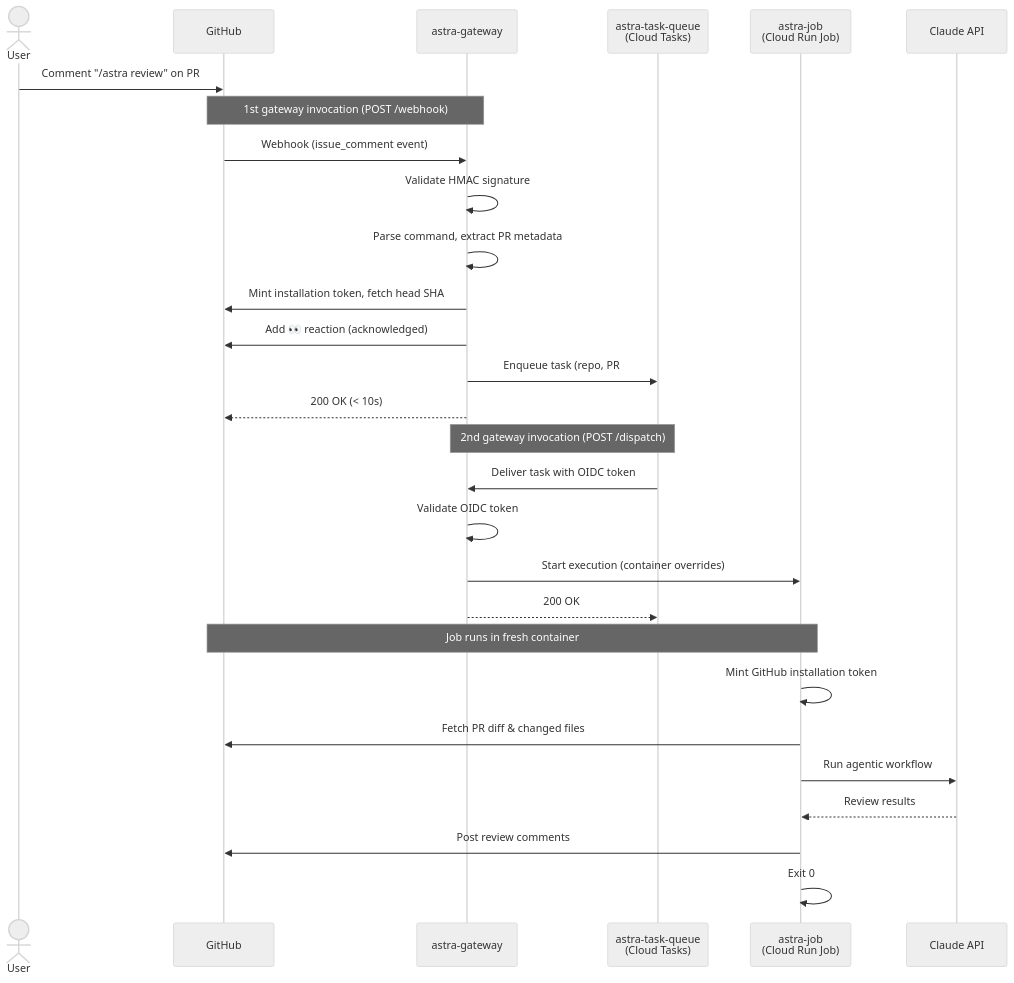
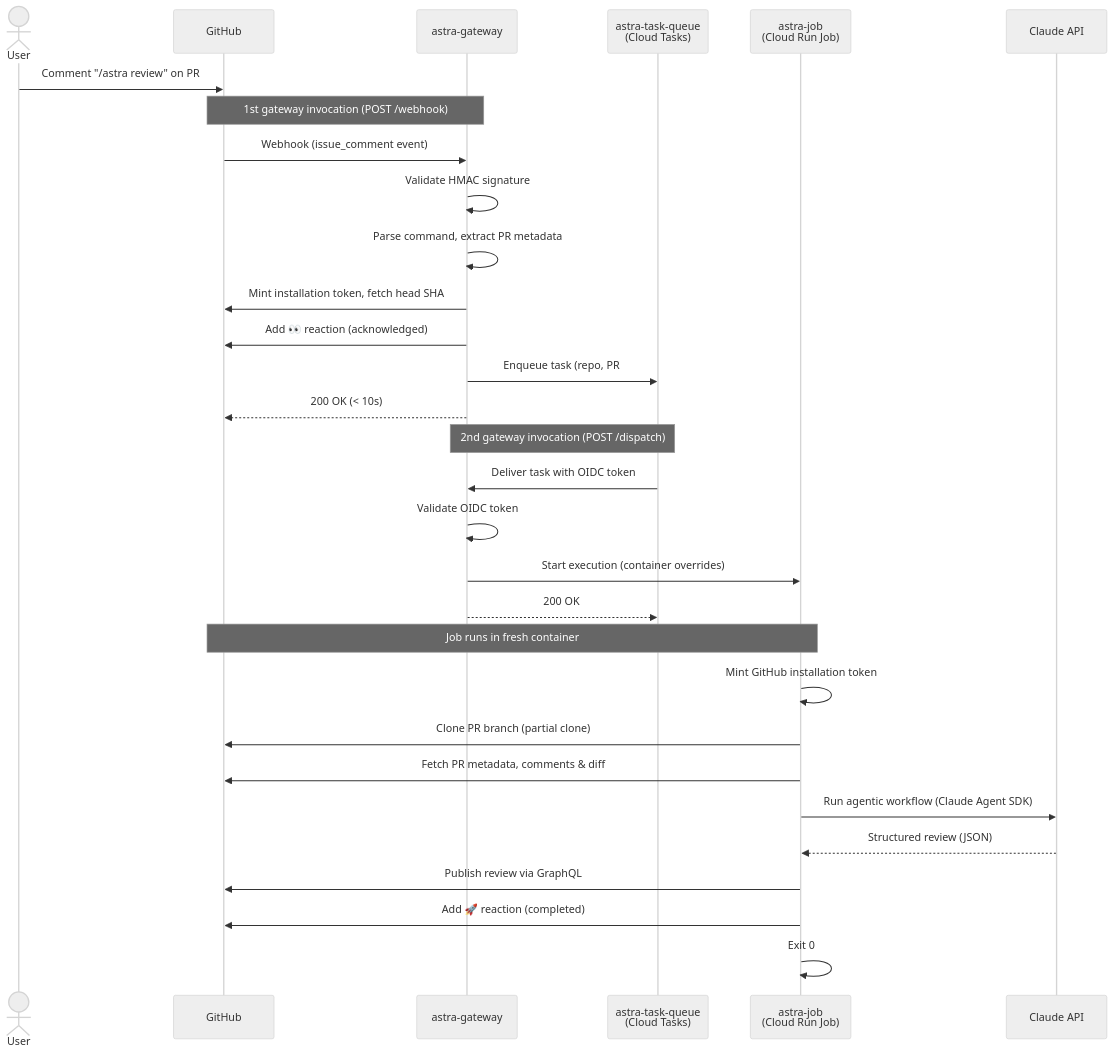
The diagram in bots/astra/README.md (rungalileo/galileo-tooling), drawn with Mermaid (neutral theme) before and after one commit.

Commit message:
Update architecture diagram to reflect actual job workflow

````diff
--- a/bots/astra/README.md
+++ b/bots/astra/README.md
@@ -19,34 +19,36 @@
 ```mermaid
 sequenceDiagram
     actor User
     participant GitHub
     participant Gateway as astra-gateway
     participant Queue as astra-task-queue<br/>(Cloud Tasks)
     participant Job as astra-job<br/>(Cloud Run Job)
     participant Claude as Claude API
 
     User->>GitHub: Comment "/astra review" on PR
 
     Note over GitHub,Gateway: 1st gateway invocation (POST /webhook)
     GitHub->>Gateway: Webhook (issue_comment event)
     Gateway->>Gateway: Validate HMAC signature
     Gateway->>Gateway: Parse command, extract PR metadata
     Gateway->>GitHub: Mint installation token, fetch head SHA
     Gateway->>GitHub: Add 👀 reaction (acknowledged)
     Gateway->>Queue: Enqueue task (repo, PR#, command, SHA)
     Gateway-->>GitHub: 200 OK (< 10s)
 
     Note over Queue,Gateway: 2nd gateway invocation (POST /dispatch)
     Queue->>Gateway: Deliver task with OIDC token
     Gateway->>Gateway: Validate OIDC token
     Gateway->>Job: Start execution (container overrides)
     Gateway-->>Queue: 200 OK
 
     Note over Job,GitHub: Job runs in fresh container
     Job->>Job: Mint GitHub installation token
-    Job->>GitHub: Fetch PR diff & changed files
-    Job->>Claude: Run agentic workflow
-    Claude-->>Job: Review results
-    Job->>GitHub: Post review comments
+    Job->>GitHub: Clone PR branch (partial clone)
+    Job->>GitHub: Fetch PR metadata, comments & diff
+    Job->>Claude: Run agentic workflow (Claude Agent SDK)
+    Claude-->>Job: Structured review (JSON)
+    Job->>GitHub: Publish review via GraphQL
+    Job->>GitHub: Add 🚀 reaction (completed)
     Job->>Job: Exit 0
 ```
````
